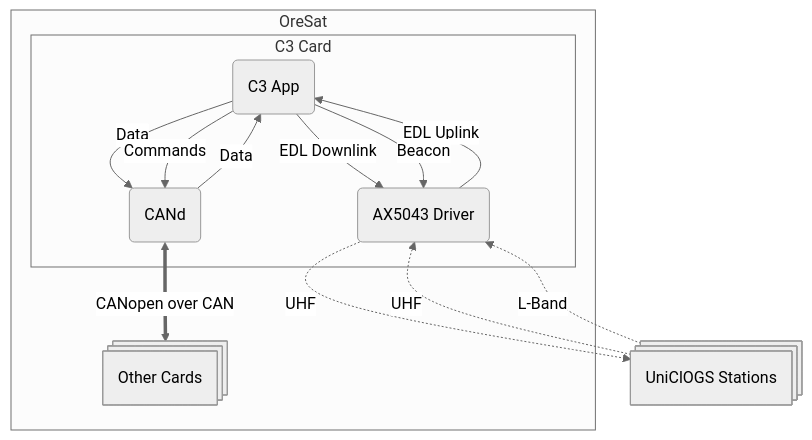
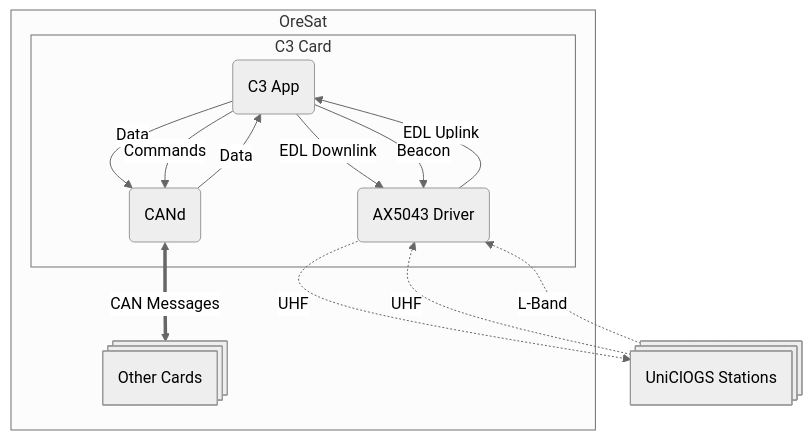
Before and after one commit to oresat/oresat-c3-software: the diagram in README.md, drawn with Mermaid (neutral theme). The commit also changed other lines of this file, not shown here.

````diff
--- a/README.md
+++ b/README.md
@@ -14,25 +14,25 @@
 ```mermaid
 flowchart TD
     app@{shape: rounded, label: "C3 App"}
     ax5043@{shape: rounded, label: "AX5043 Driver"}
     cand@{shape: rounded, label: "CANd"}
     cards@{shape: processes, label: "Other Cards"}
     uniclogs@{shape: processes, label: "UniClOGS Stations"}
 
     subgraph OreSat
         subgraph C3 Card
             app --> |EDL Downlink| ax5043
             ax5043 --> |EDL Uplink| app
             app --> |Beacon| ax5043
             cand --> |Data| app
             app --> |Data| cand
             app --> |Commands| cand
         end
 
-        cand <==> |CANopen over CAN| cards
+        cand <==> |CAN Messages| cards
     end
 
     uniclogs -.-> |UHF| ax5043
     ax5043 -.-> |UHF| uniclogs
     uniclogs -.-> |L-Band| ax5043
 ```
````
